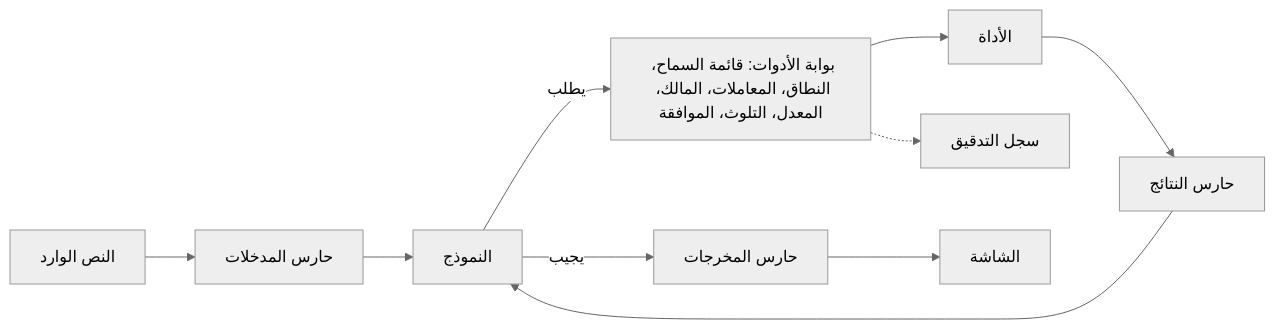
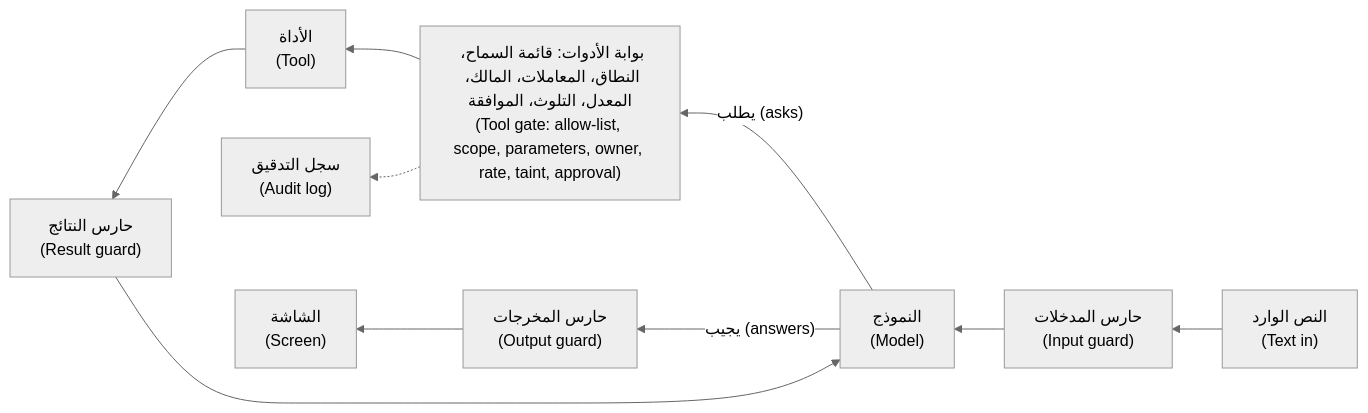
Before and after one commit to Tamoura/system-design-for-vibe-coders: the first of 2 diagrams in aiapps/modules/13-security.ar.md, drawn with Mermaid (neutral theme). The commit also changed other lines of this file and 17 other files, not shown here.

First line of the commit message:
AI applications & agents: Arabic edition complete (RTL diagrams, diagram glosses, translated 60-question exam)

````diff
--- a/aiapps/modules/13-security.ar.md
+++ b/aiapps/modules/13-security.ar.md
@@ -35,7 +35,7 @@
 ```mermaid
-flowchart LR
-    T["النص الوارد"] --> I["حارس المدخلات"] --> M["النموذج"]
-    M -->|"يطلب"| G["بوابة الأدوات: قائمة السماح، النطاق، المعاملات، المالك، المعدل، التلوث، الموافقة"] --> X["الأداة"] --> R["حارس النتائج"] --> M
-    M -->|"يجيب"| O["حارس المخرجات"] --> S["الشاشة"]
-    G -.-> L["سجل التدقيق"]
+flowchart RL
+    T["النص الوارد<br/>(Text in)"] --> I["حارس المدخلات<br/>(Input guard)"] --> M["النموذج<br/>(Model)"]
+    M -->|"يطلب (asks)"| G["بوابة الأدوات: قائمة السماح، النطاق، المعاملات، المالك، المعدل، التلوث، الموافقة<br/>(Tool gate: allow-list, scope, parameters, owner, rate, taint, approval)"] --> X["الأداة<br/>(Tool)"] --> R["حارس النتائج<br/>(Result guard)"] --> M
+    M -->|"يجيب (answers)"| O["حارس المخرجات<br/>(Output guard)"] --> S["الشاشة<br/>(Screen)"]
+    G -.-> L["سجل التدقيق<br/>(Audit log)"]
 ```
````
